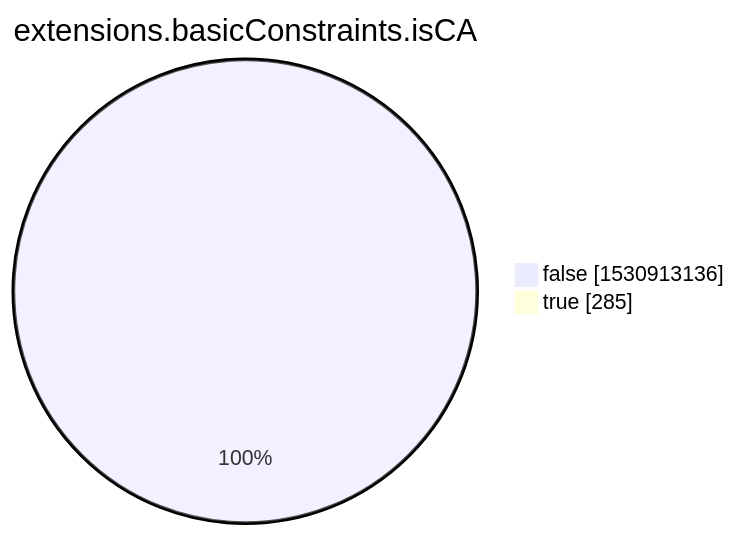
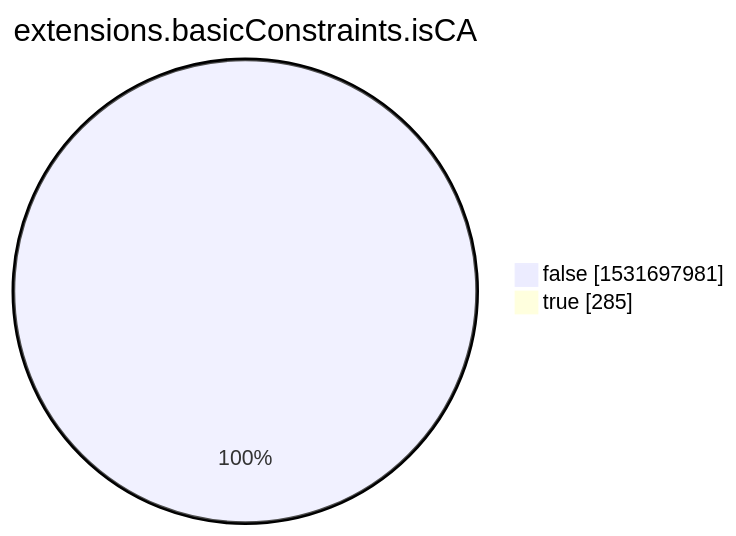
One commit to christiankrug/ctmonitor_visualization changed the eighth of 15 diagrams in xenon2022/README.md. Above: the diagram before and after it, drawn with Mermaid. The commit also changed other lines of this file, not shown here.

````diff
--- a/xenon2022/README.md
+++ b/xenon2022/README.md
@@ -2857,6 +2857,6 @@
 ```mermaid
 pie showData
 title extensions.basicConstraints.isCA
-"false" :1530913136
+"false" :1531697981
 "true" :285
 ```
````
